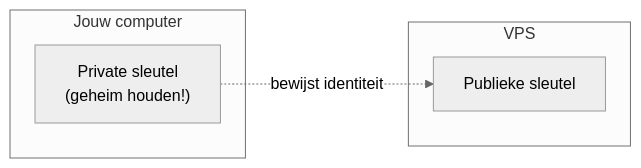
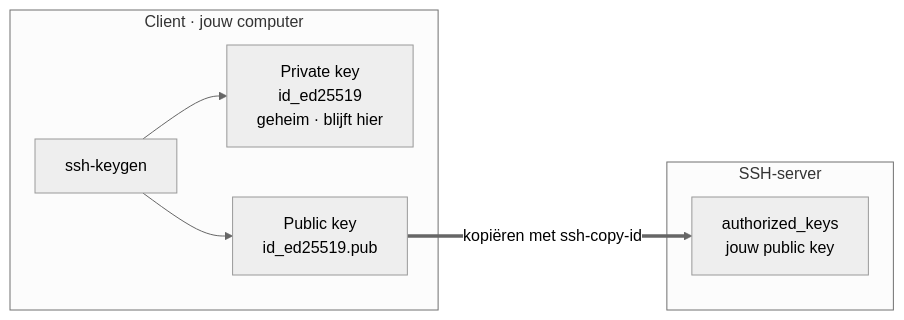
The first of 2 diagrams in docs/hoofdstuk-1-netwerkstack-tcp-ip-fundamenten/ssh.md (dverhulst1981/cursus-webinfrastructuur), drawn with Mermaid (neutral theme) before and after one commit. The commit also changed other lines of this file and 30 other files, not shown here.

First line of the commit message:
Taalcorrectie hoofdstukken + ontbrekende SSH-stap in VPS-procedure

````diff
--- a/docs/hoofdstuk-1-netwerkstack-tcp-ip-fundamenten/ssh.md
+++ b/docs/hoofdstuk-1-netwerkstack-tcp-ip-fundamenten/ssh.md
@@ -18,10 +37,12 @@
 ```mermaid
 flowchart LR
-  subgraph laptop["Jouw computer"]
-    Priv["Private sleutel<br/>(geheim houden!)"]
+  subgraph client["Client · jouw computer"]
+    keygen["ssh-keygen"]
+    keygen --> priv["Private key<br/>id_ed25519<br/>geheim · blijft hier"]
+    keygen --> pub["Public key<br/>id_ed25519.pub"]
   end
-  subgraph vps["VPS"]
-    Pub["Publieke sleutel"]
+  subgraph server["SSH-server"]
+    auth["authorized_keys<br/>jouw public key"]
   end
-  Priv -.->|"bewijst identiteit"| Pub
+  pub ==>|"kopiëren met ssh-copy-id"| auth
 ```
````
